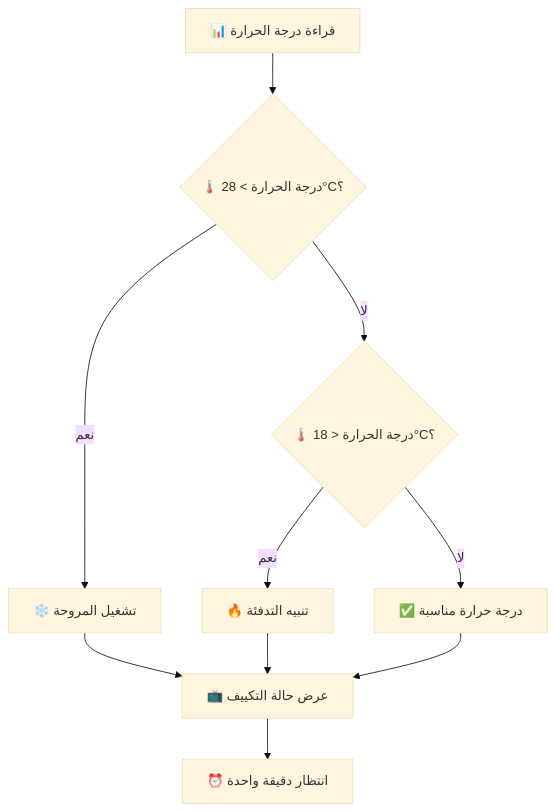
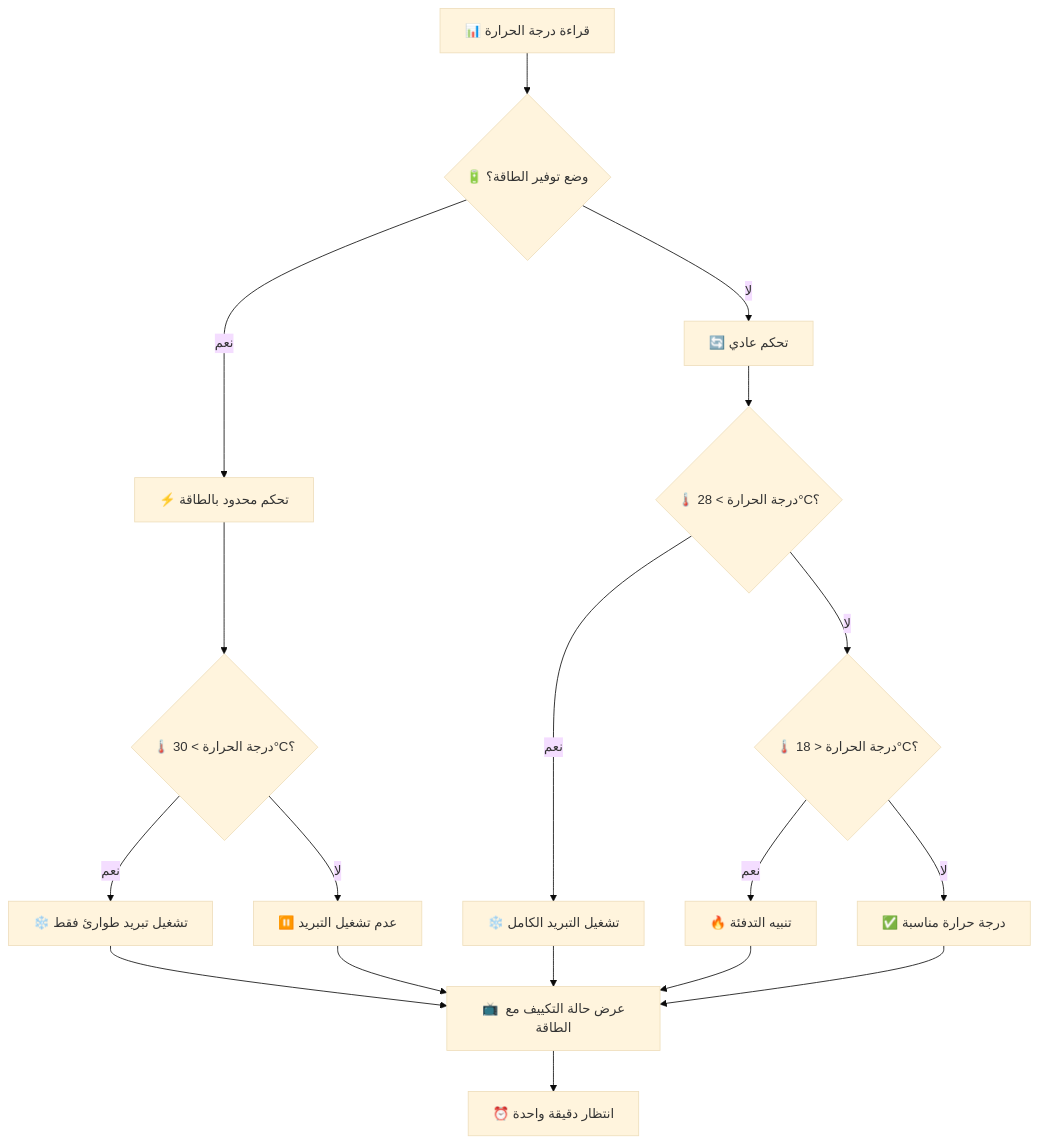
One commit to AOTBGEEK/eng changed the third of 8 diagrams in 08-code-flowchart.md. Above: the diagram before and after it, drawn with Mermaid (base theme). The commit also changed other lines of this file and 6 other files, not shown here.

````diff
--- a/08-code-flowchart.md
+++ b/08-code-flowchart.md
@@ -114,12 +251,26 @@
 ```mermaid
 flowchart TD
-    A[📊 قراءة درجة الحرارة] --> B{🌡️ درجة الحرارة > 28°C؟}
-    B -->|نعم| C[❄️ تشغيل المروحة]
-    B -->|لا| D{🌡️ درجة الحرارة < 18°C؟}
-    D -->|نعم| E[🔥 تنبيه التدفئة]
-    D -->|لا| F[✅ درجة حرارة مناسبة]
-    C --> G[📺 عرض حالة التكييف]
-    E --> G
-    F --> G
-    G --> H[⏰ انتظار دقيقة واحدة]
+    A[📊 قراءة درجة الحرارة] --> B{🔋 وضع توفير الطاقة؟}
+    B -->|نعم| C[⚡ تحكم محدود بالطاقة]
+    B -->|لا| D[🔄 تحكم عادي]
+    
+    C --> E{🌡️ درجة الحرارة > 30°C؟}
+    D --> F{🌡️ درجة الحرارة > 28°C؟}
+    
+    E -->|نعم| G[❄️ تشغيل تبريد طوارئ فقط]
+    E -->|لا| H[⏸️ عدم تشغيل التبريد]
+    
+    F -->|نعم| I[❄️ تشغيل التبريد الكامل]
+    F -->|لا| J{🌡️ درجة الحرارة < 18°C؟}
+    
+    J -->|نعم| K[🔥 تنبيه التدفئة]
+    J -->|لا| L[✅ درجة حرارة مناسبة]
+    
+    G --> M[📺 عرض حالة التكييف مع الطاقة]
+    H --> M
+    I --> M
+    K --> M
+    L --> M
+    
+    M --> N[⏰ انتظار دقيقة واحدة]
 ```
````
